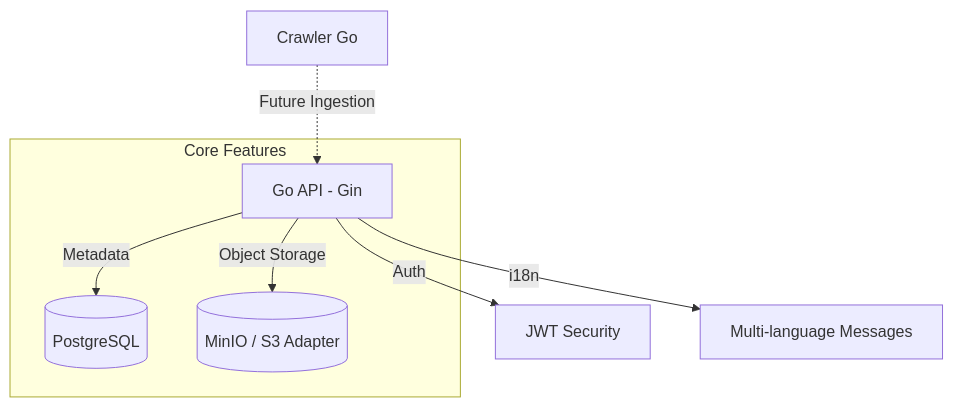
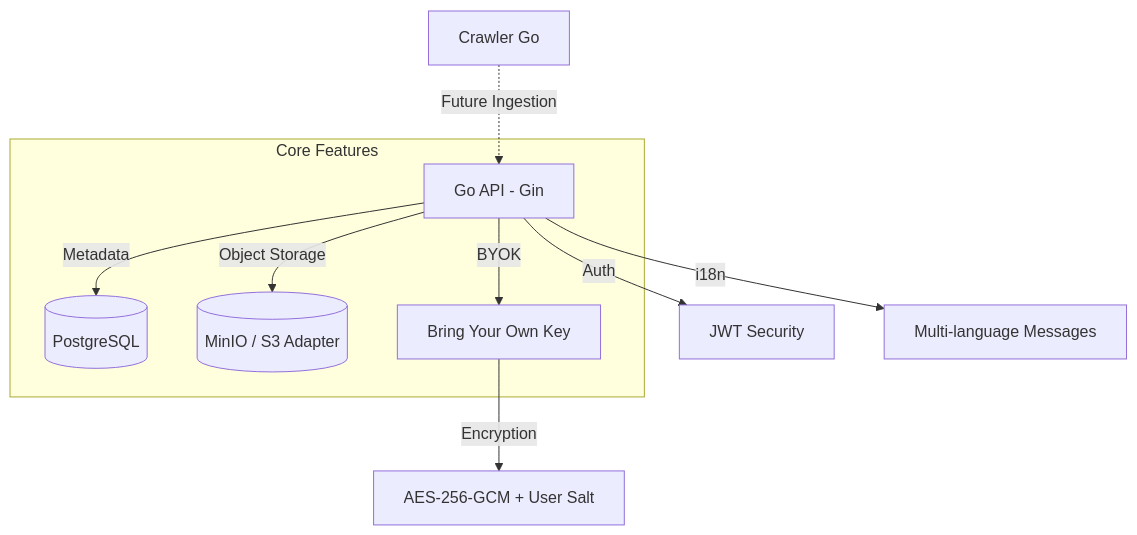
One commit to EduardoMG12/ThingIndex changed the first of 2 diagrams in README.md. Above: the diagram before and after it, drawn with Mermaid. The commit also changed other lines of this file and 3 other files, not shown here.

Commit message:
feat: Implement BYOK with AES-256-GCM and user-specific key derivation for enhanced credential encryption.

````diff
--- a/README.md
+++ b/README.md
@@ -23,15 +23,18 @@
 ```mermaid
 graph TD
     API[Go API - Gin] -->|Metadata| DB[(PostgreSQL)]
     API -->|Object Storage| MINIO[(MinIO / S3 Adapter)]
     API -->|Auth| JWT[JWT Security]
     API -->|i18n| I18N[Multi-language Messages]
+    API -->|BYOK| BYOK[Bring Your Own Key]
+    BYOK -->|Encryption| AES[AES-256-GCM + User Salt]
     
     subgraph Core Features
     API
     DB
     MINIO
+    BYOK
     end
     
     C[Crawler Go] -.->|Future Ingestion| API
 ```
````
